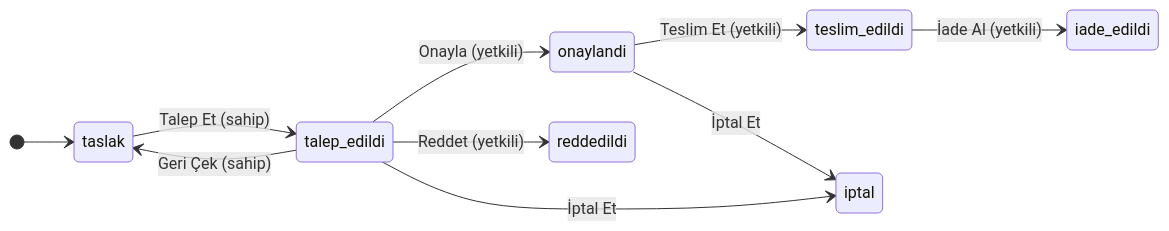
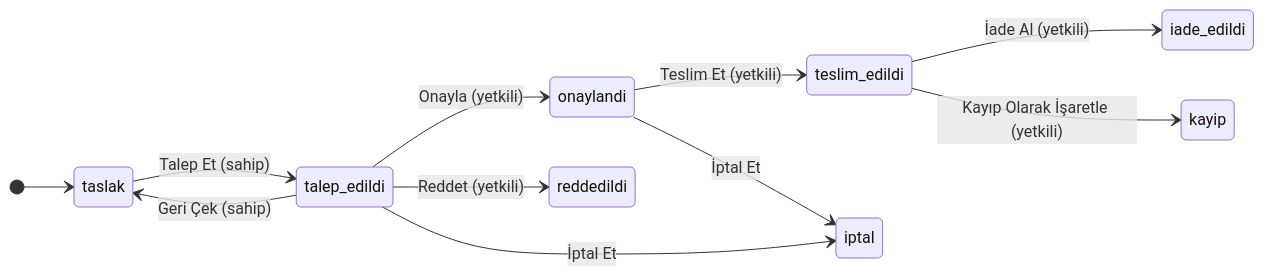
The second of 2 diagrams in README.md (onurbcoban/ekipman-zimmet-case-study), drawn with Mermaid before and after one commit. The commit also changed other lines of this file and 4 other files, not shown here.

````diff
--- a/README.md
+++ b/README.md
@@ -65,13 +65,14 @@
 ```mermaid
 stateDiagram-v2
     direction LR
     [*] --> taslak
     taslak --> talep_edildi: Talep Et (sahip)
     talep_edildi --> taslak: Geri Çek (sahip)
     talep_edildi --> onaylandi: Onayla (yetkili)
     talep_edildi --> reddedildi: Reddet (yetkili)
     onaylandi --> teslim_edildi: Teslim Et (yetkili)
     teslim_edildi --> iade_edildi: İade Al (yetkili)
+    teslim_edildi --> kayip: Kayıp Olarak İşaretle (yetkili)
     talep_edildi --> iptal: İptal Et
     onaylandi --> iptal: İptal Et
 ```
````
